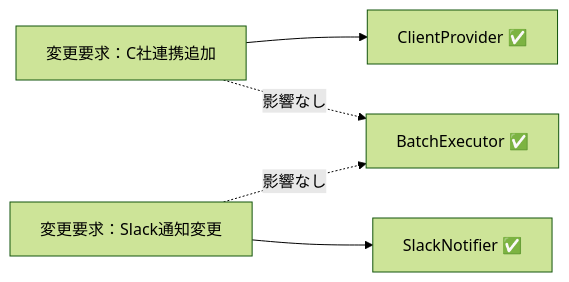
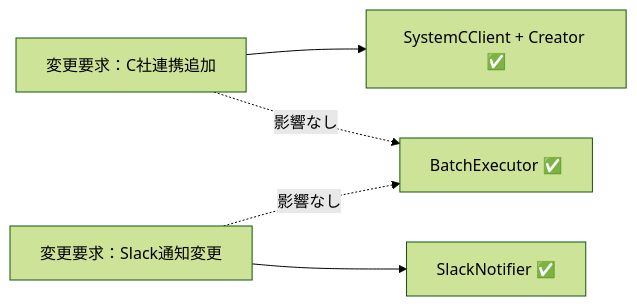
Before and after one commit to kumachan1101-pixel/DesignPattern: the fourth of 5 diagrams in kindle/design-patterns/output/chapter10.md, drawn with Mermaid (forest theme). The commit also changed other lines of this file and 1 other file, not shown here.

````diff
--- a/kindle/design-patterns/output/chapter10.md
+++ b/kindle/design-patterns/output/chapter10.md
@@ -929,7 +958,7 @@
 ```mermaid
 graph LR
-    T1["変更要求：C社連携追加"] --> F1["ClientProvider ✅"]
+    T1["変更要求：C社連携追加"] --> F1["SystemCClient + Creator ✅"]
     T1 -. "影響なし" .-> A["BatchExecutor ✅"]
     T2["変更要求：Slack通知変更"] --> F2["SlackNotifier ✅"]
     T2 -. "影響なし" .-> A
 ```
````
